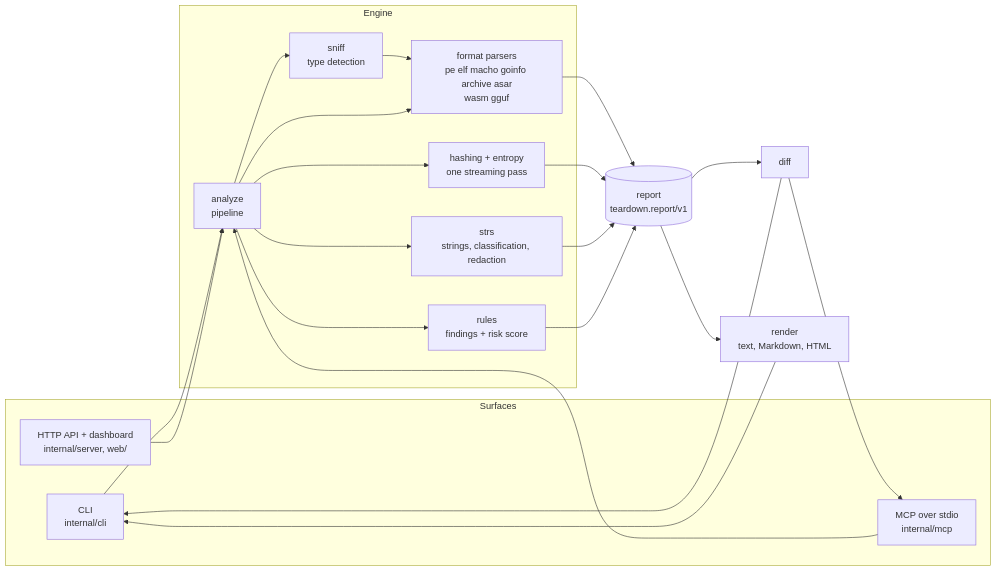
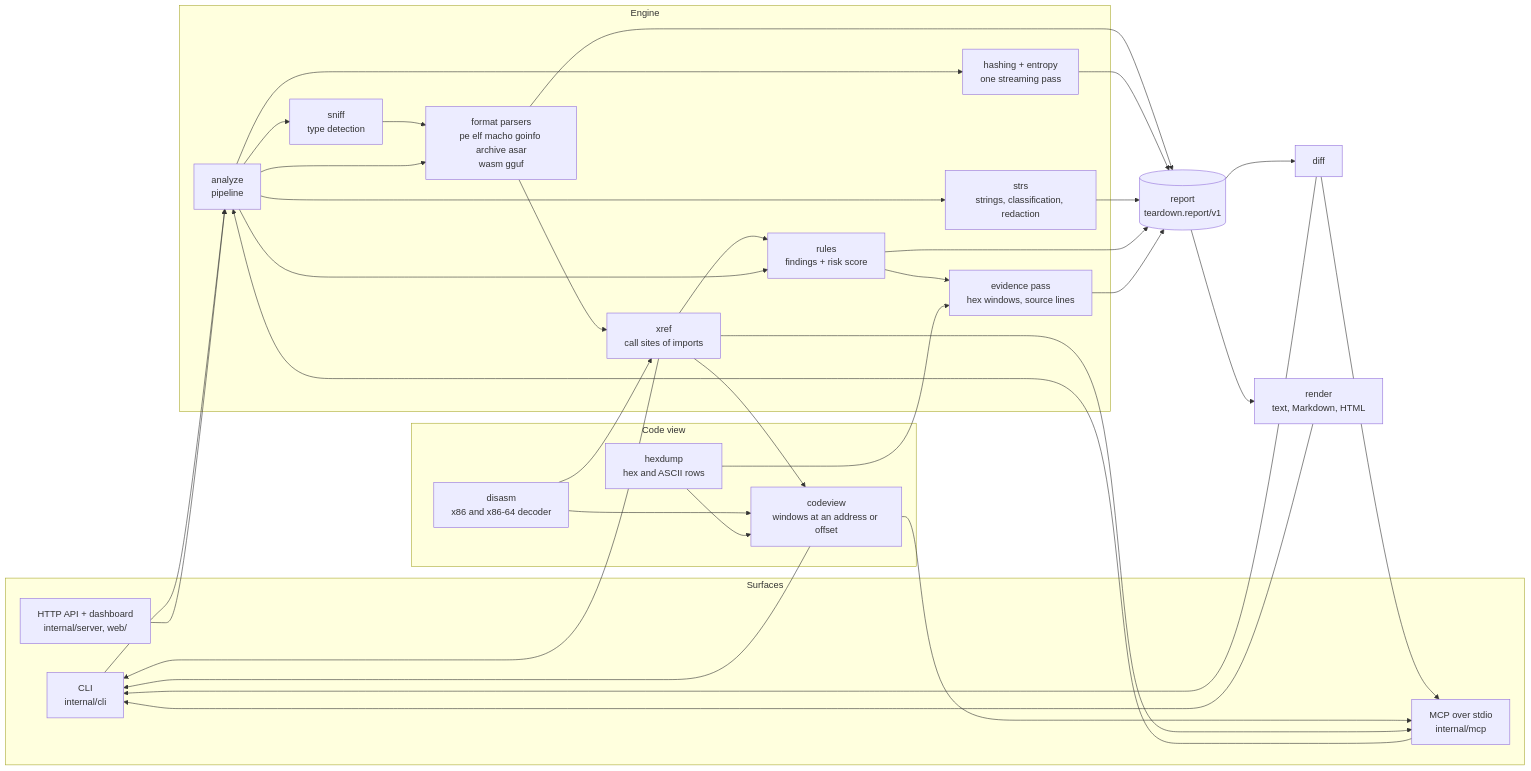
One commit to q6r/teardown changed the first of 3 diagrams in docs/architecture.md. Above: the diagram before and after it, drawn with Mermaid. The commit also changed other lines of this file and 14 other files, not shown here.

Commit message:
docs: document code evidence, the new commands and the MCP tools

````diff
--- a/docs/architecture.md
+++ b/docs/architecture.md
@@ -7,37 +8,57 @@
 ```mermaid
 flowchart LR
   subgraph Surfaces
     CLI["CLI<br/>internal/cli"]
     HTTP["HTTP API + dashboard<br/>internal/server, web/"]
     MCP["MCP over stdio<br/>internal/mcp"]
   end
   subgraph Engine
     AN["analyze<br/>pipeline"]
     SN["sniff<br/>type detection"]
     HS["hashing + entropy<br/>one streaming pass"]
     ST["strs<br/>strings, classification, redaction"]
     FM["format parsers<br/>pe elf macho goinfo archive asar<br/>wasm gguf"]
+    XR["xref<br/>call sites of imports"]
     RU["rules<br/>findings + risk score"]
+    EV["evidence pass<br/>hex windows, source lines"]
+  end
+  subgraph CodeView["Code view"]
+    DA["disasm<br/>x86 and x86-64 decoder"]
+    HD["hexdump<br/>hex and ASCII rows"]
+    CV["codeview<br/>windows at an address or offset"]
   end
   RP[("report<br/>teardown.report/v1")]
   RN["render<br/>text, Markdown, HTML"]
   DF["diff"]
 
   CLI --> AN
   HTTP --> AN
   MCP --> AN
   AN --> SN --> FM
   AN --> HS
   AN --> ST
   AN --> FM
+  FM --> XR
+  XR --> RU
   AN --> RU
+  RU --> EV
+  DA --> XR
+  HD --> EV
   FM --> RP
   HS --> RP
   ST --> RP
   RU --> RP
+  EV --> RP
   RP --> RN
   RP --> DF
   RN --> CLI
   DF --> CLI
   DF --> MCP
+  DA --> CV
+  HD --> CV
+  XR --> CV
+  CV --> CLI
+  CV --> MCP
+  XR --> CLI
+  XR --> MCP
 ```
````
